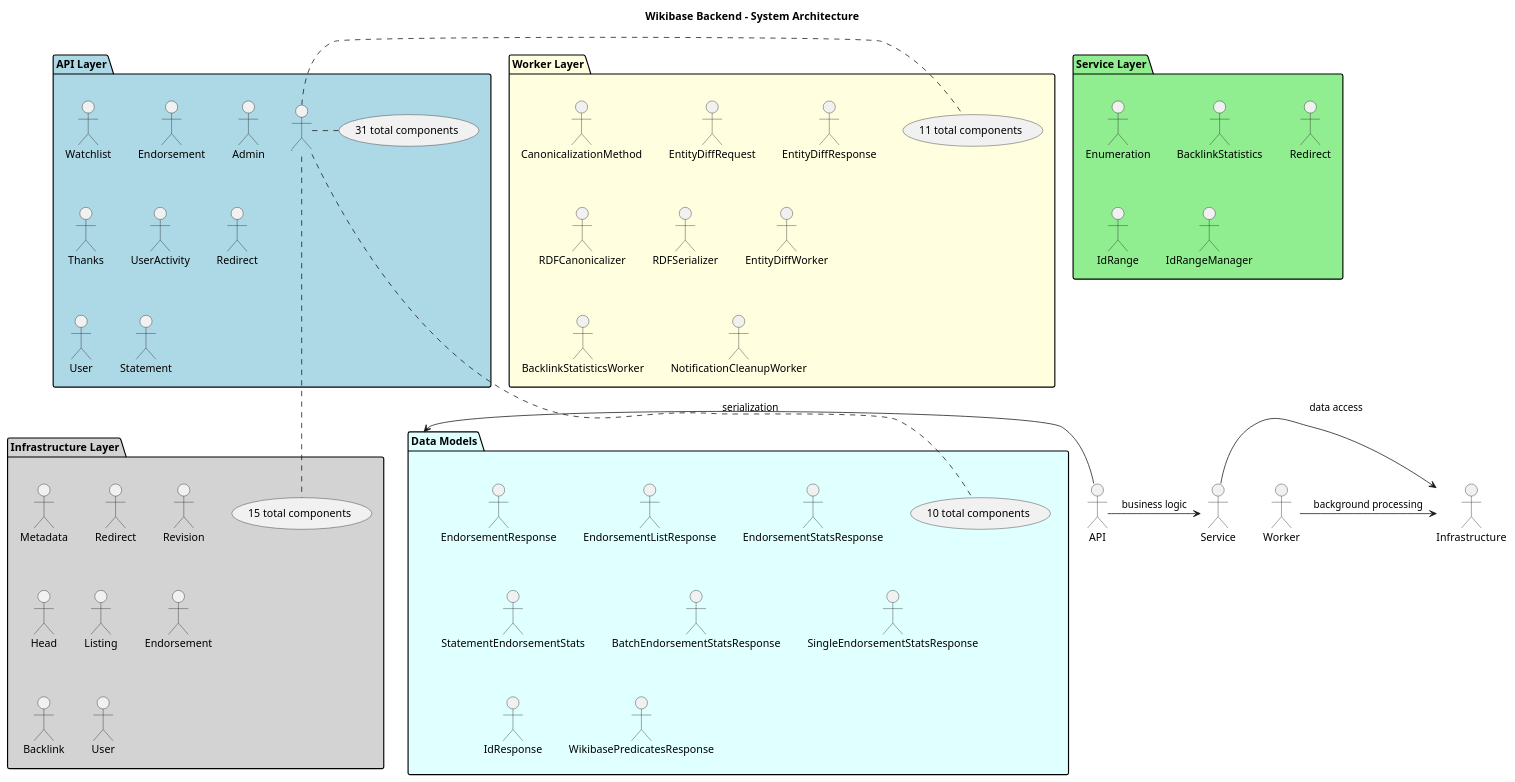
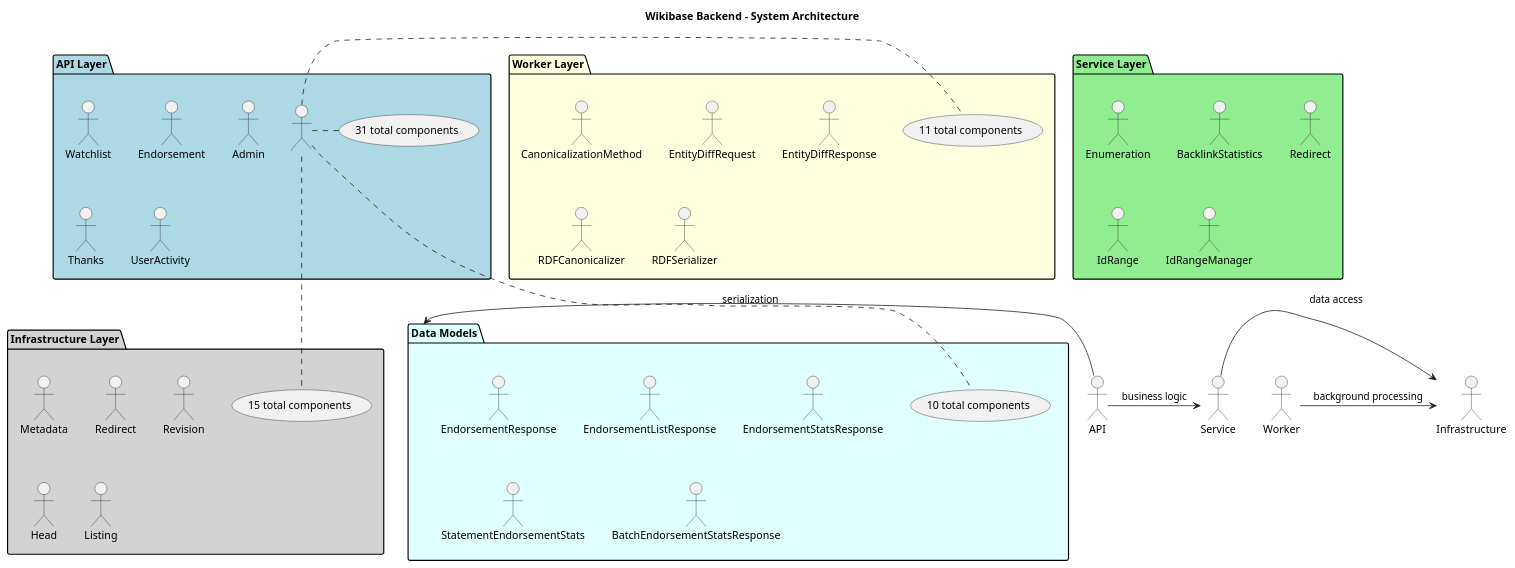
Before and after one commit to dpriskorn/entitybase-backend: the diagram in doc/DIAGRAMS/system_architecture.puml, drawn with PlantUML. The commit also changed 2 other files, not shown here.

Commit message:
Reduce API Layer display limit in system architecture diagram

```diff
--- a/doc/DIAGRAMS/system_architecture.puml
+++ b/doc/DIAGRAMS/system_architecture.puml
@@ -1,68 +1,56 @@
 @startuml System Architecture
 
 title Wikibase Backend - System Architecture
 
 package "API Layer" as APILayer #LightBlue {
     "Watchlist" as WatchlistHandler
     "Endorsement" as EndorsementHandler
     "Admin" as AdminHandler
     "Thanks" as ThanksHandler
     "UserActivity" as UserActivityHandler
-    "Redirect" as RedirectHandler
-    "User" as UserHandler
-    "Statement" as StatementHandler
     ... (31 total components)
 }
 
 package "Service Layer" as ServiceLayer #LightGreen {
     "Enumeration" as EnumerationService
     "BacklinkStatistics" as BacklinkStatisticsService
     "Redirect" as RedirectService
     "IdRange" as IdRange
     "IdRangeManager" as IdRangeManager
 }
 
 package "Worker Layer" as WorkerLayer #LightYellow {
     "CanonicalizationMethod" as CanonicalizationMethod
     "EntityDiffRequest" as EntityDiffRequest
     "EntityDiffResponse" as EntityDiffResponse
     "RDFCanonicalizer" as RDFCanonicalizer
     "RDFSerializer" as RDFSerializer
-    "EntityDiffWorker" as EntityDiffWorker
-    "BacklinkStatisticsWorker" as BacklinkStatisticsWorker
-    "NotificationCleanupWorker" as NotificationCleanupWorker
     ... (11 total components)
 }
 
 package "Infrastructure Layer" as InfrastructureLayer #LightGray {
     "Metadata" as MetadataRepository
     "Redirect" as RedirectRepository
     "Revision" as RevisionRepository
     "Head" as HeadRepository
     "Listing" as ListingRepository
-    "Endorsement" as EndorsementRepository
-    "Backlink" as BacklinkRepository
-    "User" as UserRepository
     ... (15 total components)
 }
 
 package "Data Models" as DataModels #LightCyan {
     "EndorsementResponse" as EndorsementResponse
     "EndorsementListResponse" as EndorsementListResponse
     "EndorsementStatsResponse" as EndorsementStatsResponse
     "StatementEndorsementStats" as StatementEndorsementStats
     "BatchEndorsementStatsResponse" as BatchEndorsementStatsResponse
-    "SingleEndorsementStatsResponse" as SingleEndorsementStatsResponse
-    "IdResponse" as IdResponse
-    "WikibasePredicatesResponse" as WikibasePredicatesResponse
     ... (10 total components)
 }
 
 
 ' Relationships
 API -> Service : business logic
 Service -> Infrastructure : data access
 Worker -> Infrastructure : background processing
 API -> DataModels : serialization
 
 @enduml
```
